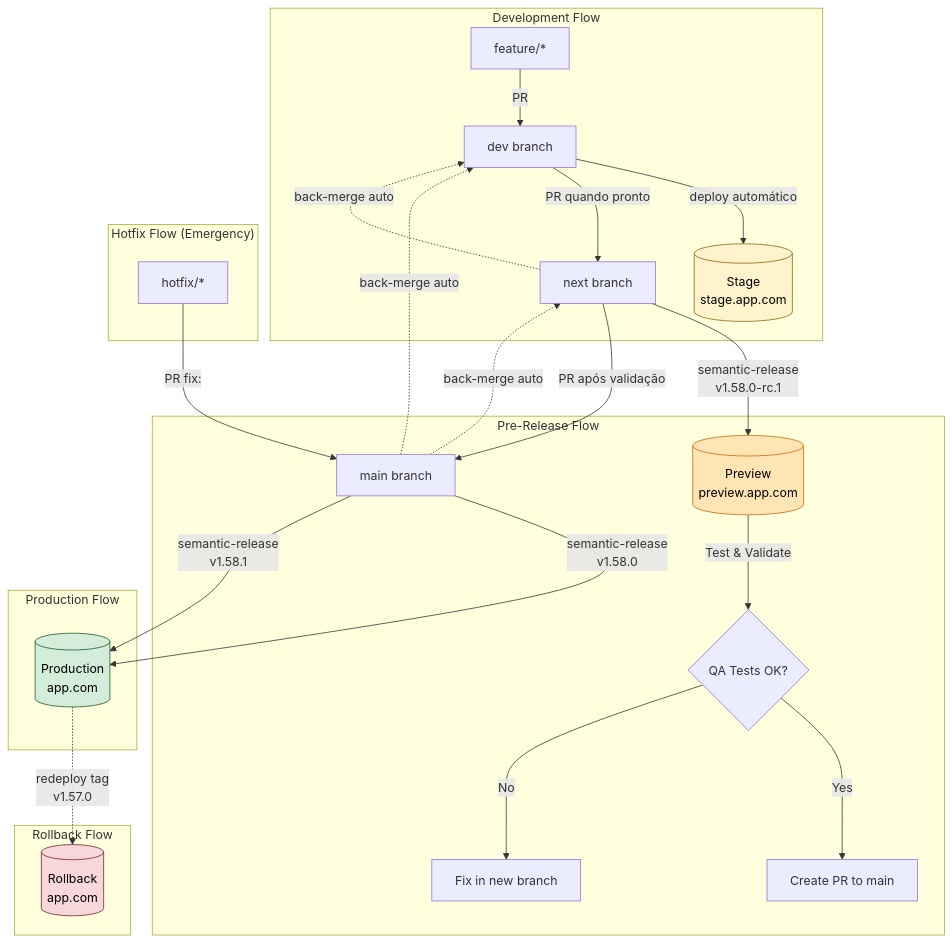
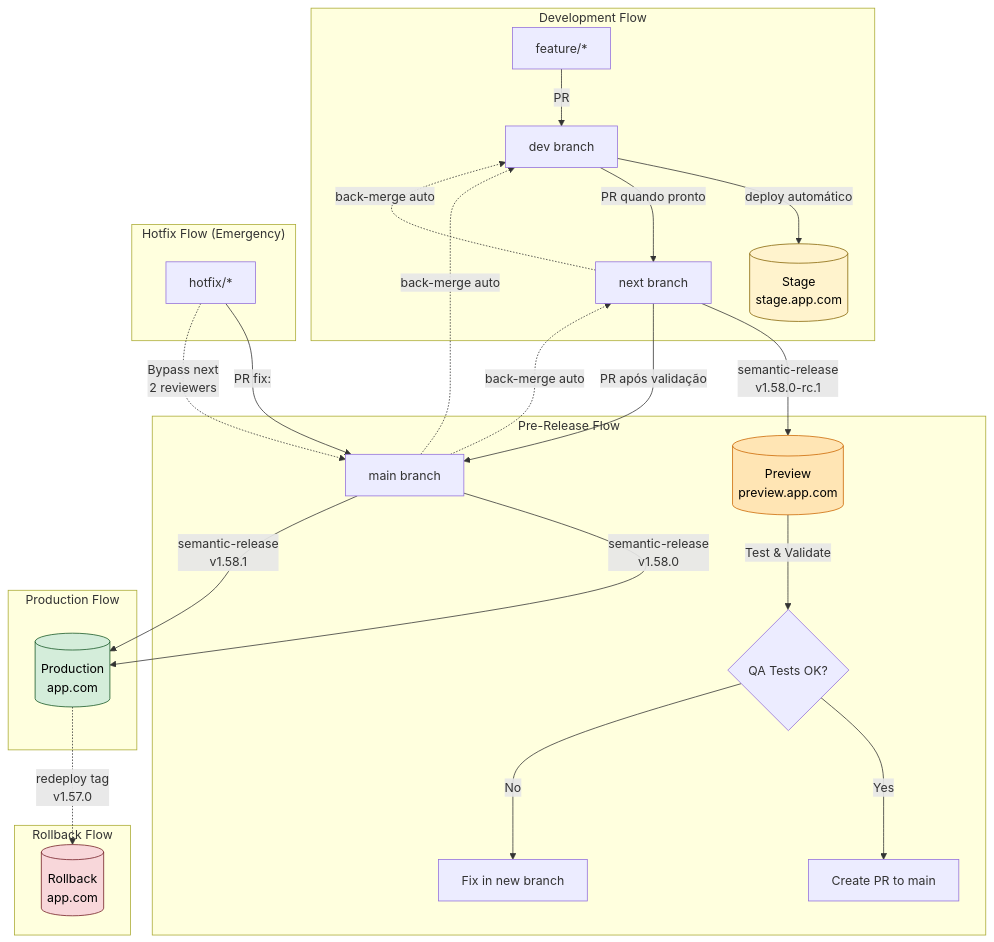
The first of 5 diagrams in docs/plans/PLAN-TAG-VERSIONING.md (aziontech/azion-console-kit), drawn with Mermaid before and after one commit. The commit also changed other lines of this file, not shown here.

````diff
--- a/docs/plans/PLAN-TAG-VERSIONING.md
+++ b/docs/plans/PLAN-TAG-VERSIONING.md
@@ -128,42 +127,43 @@
 ```mermaid
 flowchart TD
     subgraph Development["Development Flow"]
         FB[feature/*] -->|PR| DEV[dev branch]
         DEV -->|deploy automático| STAGE[("Stage<br/>stage.app.com")]
         DEV -->|PR quando pronto| NEXT[next branch]
     end
 
     subgraph PreRelease["Pre-Release Flow"]
         NEXT -->|semantic-release<br/>v1.58.0-rc.1| RC[("Preview<br/>preview.app.com")]
         NEXT -->|PR após validação| MAIN[main branch]
         RC -->|Test & Validate| VALIDATION{QA Tests OK?}
         VALIDATION -->|Yes| CREATEPR[Create PR to main]
         VALIDATION -->|No| FIXBRANCH[Fix in new branch]
     end
 
     subgraph Production["Production Flow"]
         MAIN -->|semantic-release<br/>v1.58.0| PROD[("Production<br/>app.com")]
         MAIN -.->|back-merge auto| NEXT
         MAIN -.->|back-merge auto| DEV
         NEXT -.->|back-merge auto| DEV
     end
 
     subgraph Hotfix["Hotfix Flow (Emergency)"]
         HF[hotfix/*] -->|PR fix:| MAIN
+        HF -.->|Bypass next<br/>2 reviewers| MAIN
         MAIN -->|semantic-release<br/>v1.58.1| PROD
     end
 
     subgraph Rollback["Rollback Flow"]
         PROD -.->|redeploy tag<br/>v1.57.0| ROLLBACK[("Rollback<br/>app.com")]
     end
 
     classDef envStage fill:#fff3cd,stroke:#856404,color:#000
     classDef envPrev fill:#ffe5b4,stroke:#cc6600,color:#000
     classDef envProd fill:#d4edda,stroke:#155724,color:#000
     classDef envRoll fill:#f8d7da,stroke:#721c24,color:#000
 
     class STAGE envStage
     class RC envPrev
     class PROD envProd
     class ROLLBACK envRoll
 ```
````
